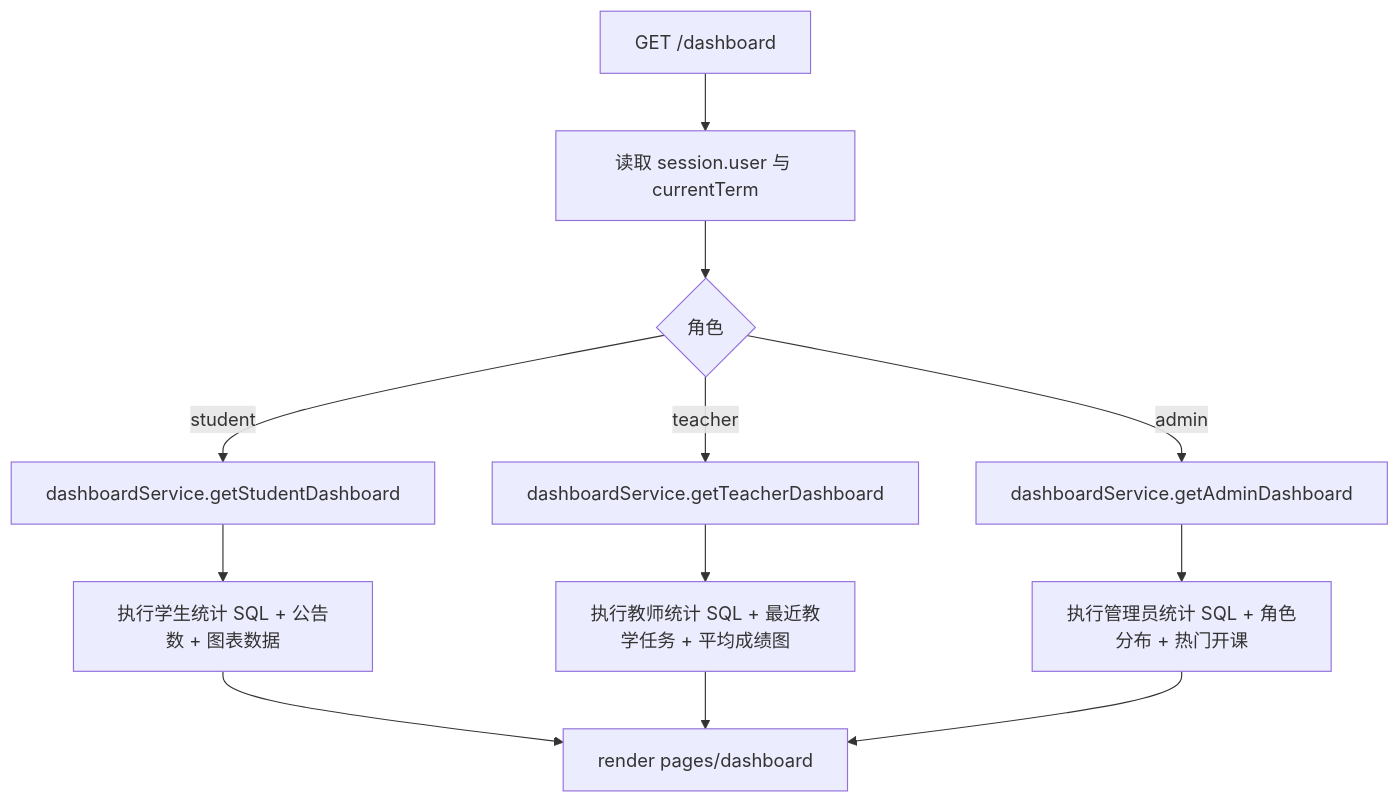
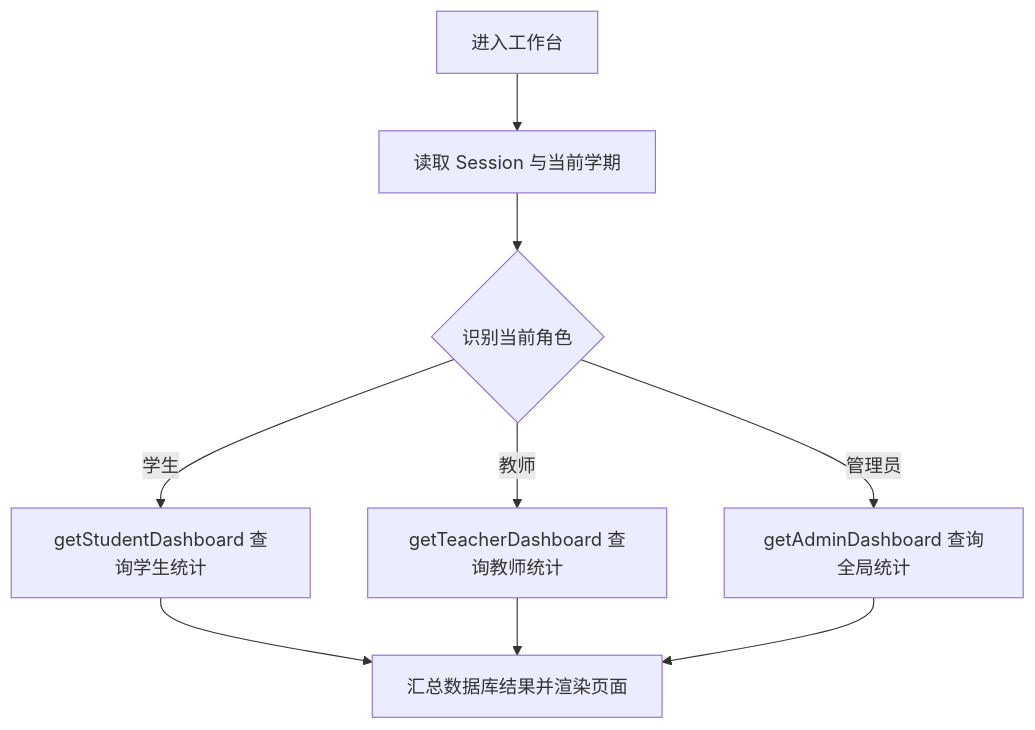
The second of 29 diagrams in docs/系统设计说明.md (llkww/jiaoxue), drawn with Mermaid before and after one commit. The commit also changed other lines of this file and 1 other file, not shown here.

````diff
--- a/docs/系统设计说明.md
+++ b/docs/系统设计说明.md
@@ -250,14 +244,11 @@
 ```mermaid
 flowchart TD
-  A[GET /dashboard] --> B[读取 session.user 与 currentTerm]
-  B --> C{角色}
-  C -- student --> D[dashboardService.getStudentDashboard]
-  C -- teacher --> E[dashboardService.getTeacherDashboard]
-  C -- admin --> F[dashboardService.getAdminDashboard]
-  D --> G[执行学生统计 SQL + 公告数 + 图表数据]
-  E --> H[执行教师统计 SQL + 最近教学任务 + 平均成绩图]
-  F --> I[执行管理员统计 SQL + 角色分布 + 热门开课]
-  G --> J[render pages/dashboard]
-  H --> J
-  I --> J
+  A[进入工作台] --> B[读取 Session 与当前学期]
+  B --> C{识别当前角色}
+  C -- 学生 --> D[getStudentDashboard 查询学生统计]
+  C -- 教师 --> E[getTeacherDashboard 查询教师统计]
+  C -- 管理员 --> F[getAdminDashboard 查询全局统计]
+  D --> G[汇总数据库结果并渲染页面]
+  E --> G
+  F --> G
 ```
````
